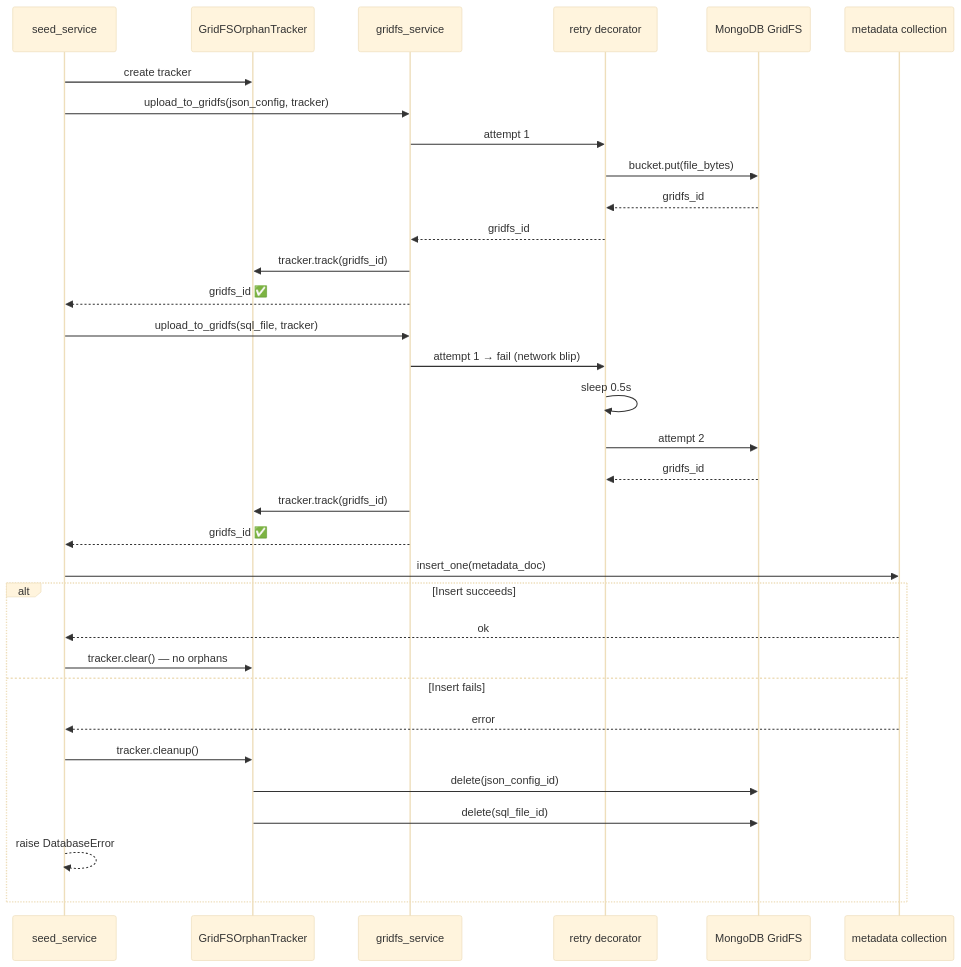
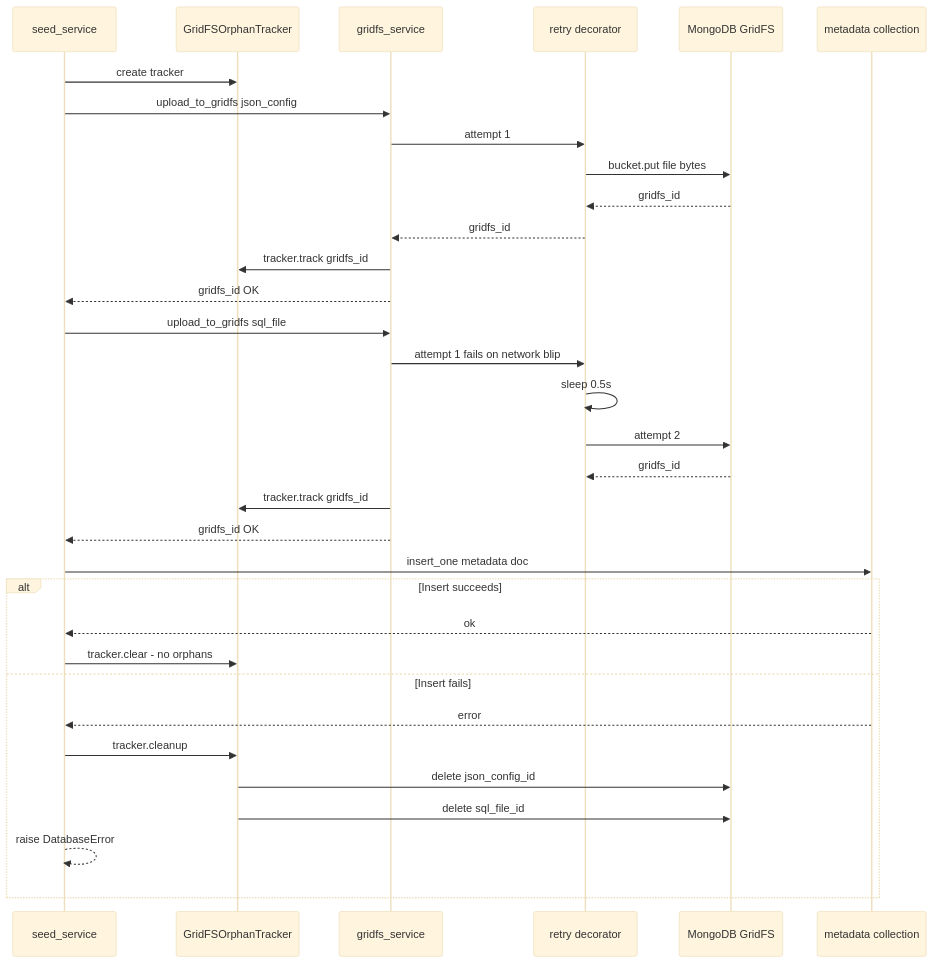
The fourth of 10 diagrams in DIAGRAMS.md (uktentu/mongo_file_manager), drawn with Mermaid (base theme) before and after one commit. The commit also changed other lines of this file, not shown here.

First line of the commit message:
fix: remove all backslash-n from Mermaid node labels in DIAGRAMS.md

````diff
--- a/DIAGRAMS.md
+++ b/DIAGRAMS.md
@@ -143,38 +143,38 @@
 ```mermaid
 sequenceDiagram
     participant SS as seed_service
     participant OT as GridFSOrphanTracker
     participant GS as gridfs_service
     participant RET as retry decorator
     participant GFS as MongoDB GridFS
     participant META as metadata collection
 
     SS->>OT: create tracker
-    SS->>GS: upload_to_gridfs(json_config, tracker)
+    SS->>GS: upload_to_gridfs json_config
     GS->>RET: attempt 1
-    RET->>GFS: bucket.put(file_bytes)
+    RET->>GFS: bucket.put file bytes
     GFS-->>RET: gridfs_id
     RET-->>GS: gridfs_id
-    GS->>OT: tracker.track(gridfs_id)
-    GS-->>SS: gridfs_id ✅
+    GS->>OT: tracker.track gridfs_id
+    GS-->>SS: gridfs_id OK
 
-    SS->>GS: upload_to_gridfs(sql_file, tracker)
-    GS->>RET: attempt 1 → fail (network blip)
+    SS->>GS: upload_to_gridfs sql_file
+    GS->>RET: attempt 1 fails on network blip
     RET->>RET: sleep 0.5s
     RET->>GFS: attempt 2
     GFS-->>RET: gridfs_id
-    GS->>OT: tracker.track(gridfs_id)
-    GS-->>SS: gridfs_id ✅
+    GS->>OT: tracker.track gridfs_id
+    GS-->>SS: gridfs_id OK
 
-    SS->>META: insert_one(metadata_doc)
+    SS->>META: insert_one metadata doc
     alt Insert succeeds
         META-->>SS: ok
-        SS->>OT: tracker.clear() — no orphans
+        SS->>OT: tracker.clear - no orphans
     else Insert fails
         META-->>SS: error
-        SS->>OT: tracker.cleanup()
-        OT->>GFS: delete(json_config_id)
-        OT->>GFS: delete(sql_file_id)
+        SS->>OT: tracker.cleanup
+        OT->>GFS: delete json_config_id
+        OT->>GFS: delete sql_file_id
         SS-->>SS: raise DatabaseError
     end
 ```
````
